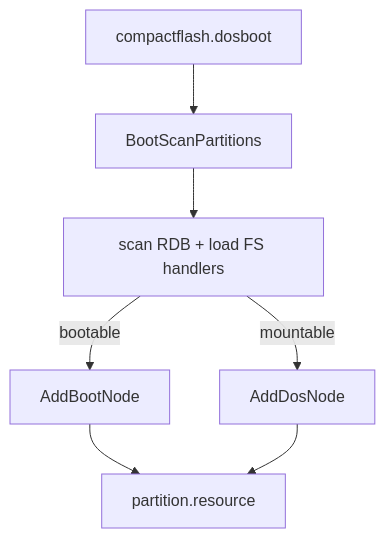
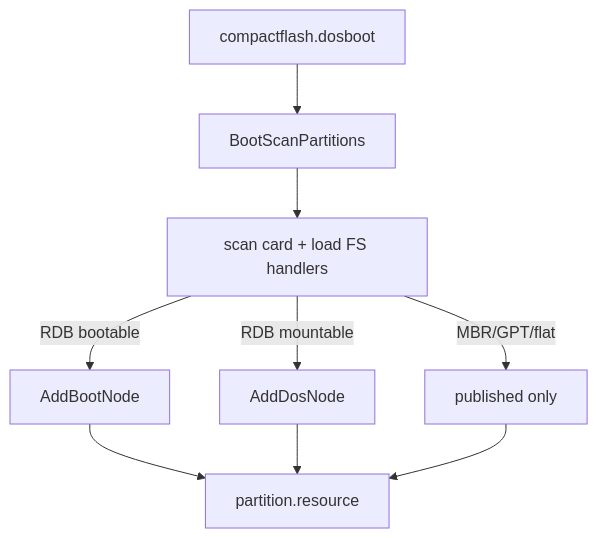
One commit to pulchart/amigaos-ptable changed the first of 4 diagrams in docs/ptable.md. Above: the diagram before and after it, drawn with Mermaid. The commit also changed other lines of this file and 8 other files, not shown here.

First line of the commit message:
ptable.library: cold boot registers RDB partitions only

````diff
--- a/docs/ptable.md
+++ b/docs/ptable.md
@@ -23,9 +23,11 @@
 ```mermaid
 graph TD
   A[compactflash.dosboot] --> B[BootScanPartitions]
-  B --> C[scan RDB + load FS handlers]
-  C -->|bootable| D[AddBootNode]
-  C -->|mountable| E[AddDosNode]
+  B --> C[scan card + load FS handlers]
+  C -->|RDB bootable| D[AddBootNode]
+  C -->|RDB mountable| E[AddDosNode]
+  C -->|MBR/GPT/flat| G[published only]
   D --> F[partition.resource]
   E --> F
+  G --> F
 ```
````
